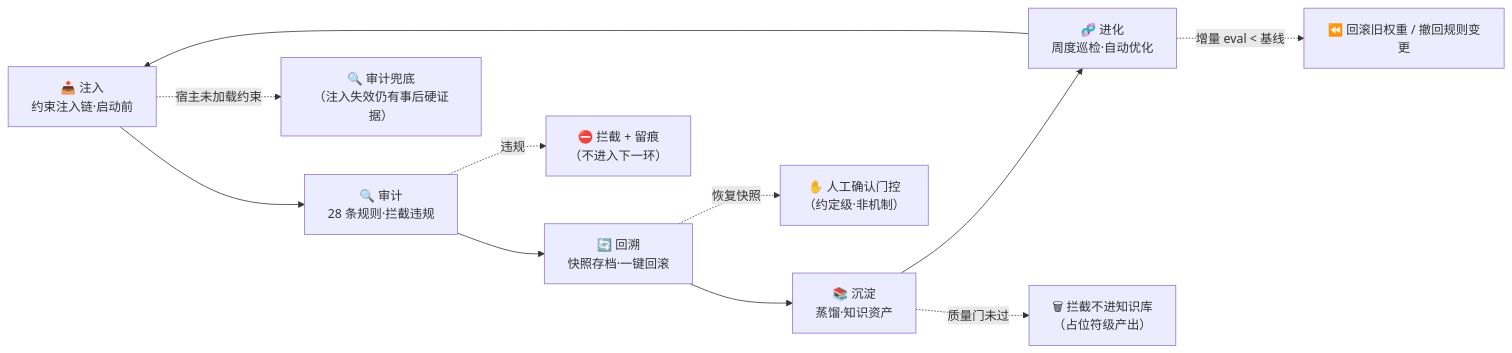
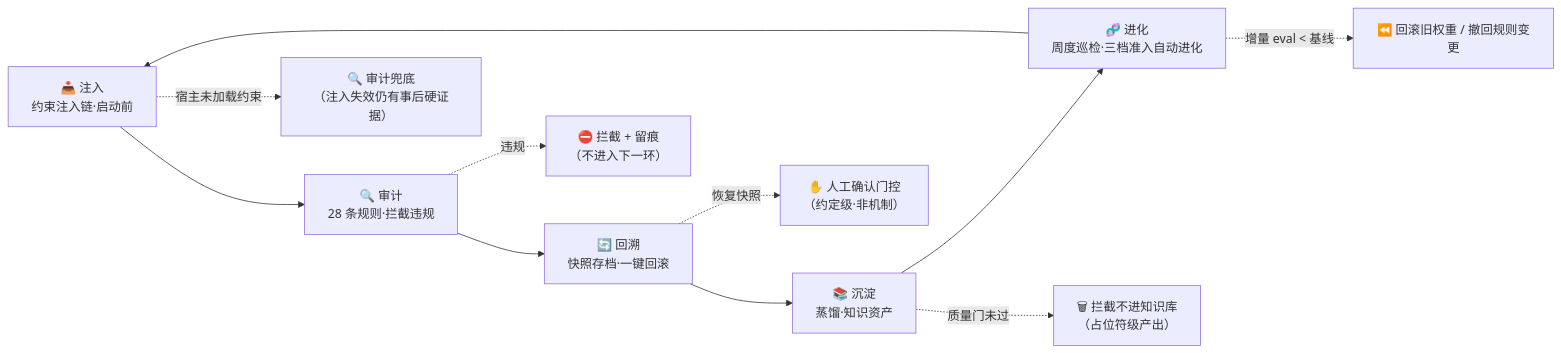
Before and after one commit to KongFangXun/sofagent: the ninth of 9 diagrams in docs/ARCHITECTURE.md, drawn with Mermaid. The commit also changed other lines of this file and 6 other files, not shown here.

````diff
--- a/docs/ARCHITECTURE.md
+++ b/docs/ARCHITECTURE.md
@@ -1062,13 +1062,13 @@
 ```mermaid
 graph LR
     A["📥 注入<br/>约束注入链·启动前"] --> B["🔍 审计<br/>28 条规则·拦截违规"]
     B --> C["🔄 回溯<br/>快照存档·一键回滚"]
     C --> D["📚 沉淀<br/>蒸馏·知识资产"]
-    D --> E["🧬 进化<br/>周度巡检·自动优化"]
+    D --> E["🧬 进化<br/>周度巡检·三档准入自动进化"]
     E --> A
     B -.->|违规| BX["⛔ 拦截 + 留痕<br/>（不进入下一环）"]
     C -.->|恢复快照| CX["✋ 人工确认门控<br/>（约定级·非机制）"]
     D -.->|质量门未过| DX["🗑 拦截不进知识库<br/>（占位符级产出）"]
     E -.->|增量 eval < 基线| EX["⏪ 回滚旧权重 / 撤回规则变更"]
     A -.->|宿主未加载约束| AX["🔍 审计兜底<br/>（注入失效仍有事后硬证据）"]
 ```
````
